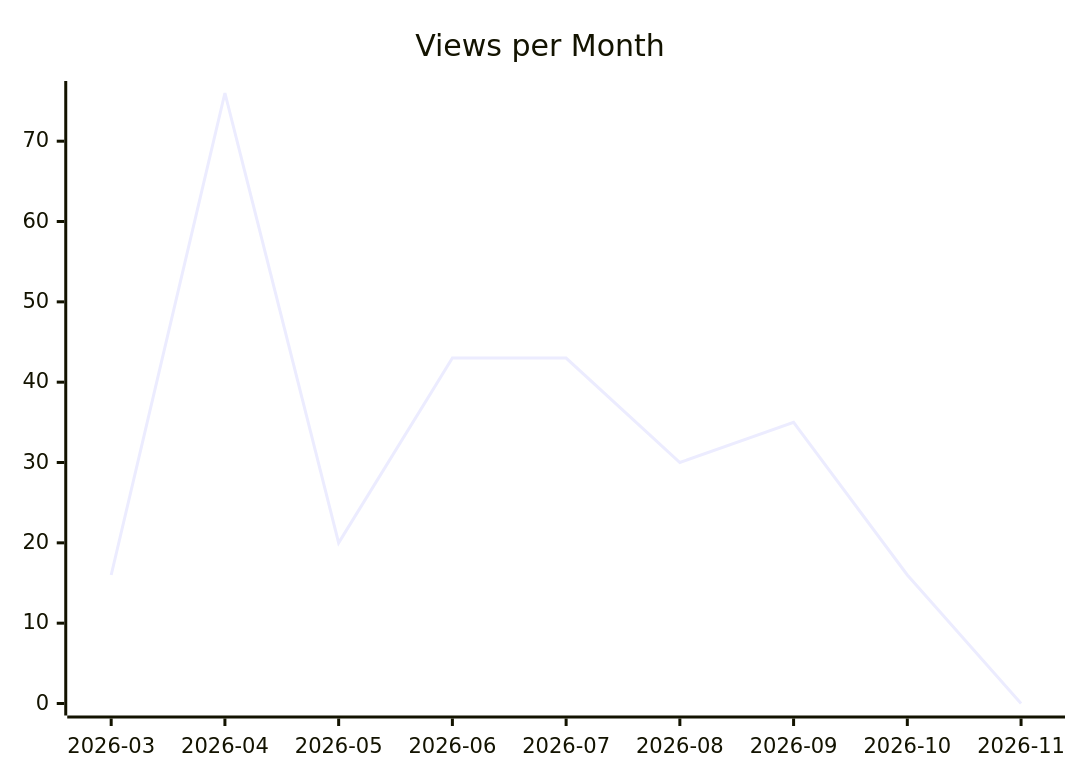
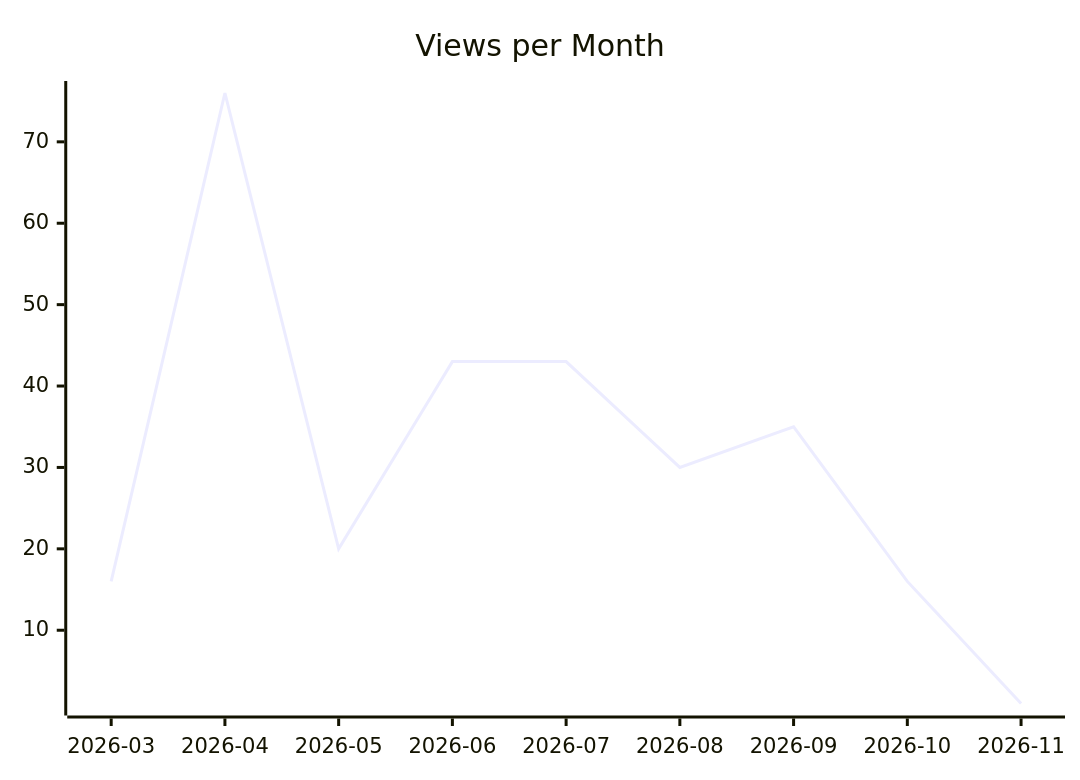
Before and after one commit to justdavis-family/github-analytics-data: the second of 3 diagrams in karlmdavis/ksoap2-android/README.md, drawn with Mermaid. The commit also changed other lines of this file and 188 other files, not shown here.

````diff
--- a/karlmdavis/ksoap2-android/README.md
+++ b/karlmdavis/ksoap2-android/README.md
@@ -12,6 +12,6 @@
 ```mermaid
 xychart-beta
   title "Views per Month"
   x-axis ["2026-03", "2026-04", "2026-05", "2026-06", "2026-07", "2026-08", "2026-09", "2026-10", "2026-11"]
-  line [16, 76, 20, 43, 43, 30, 35, 16, 0]
+  line [16, 76, 20, 43, 43, 30, 35, 16, 1]
 ```
````
